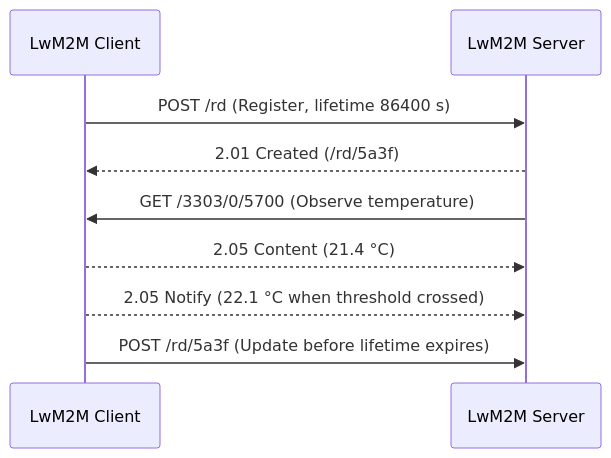
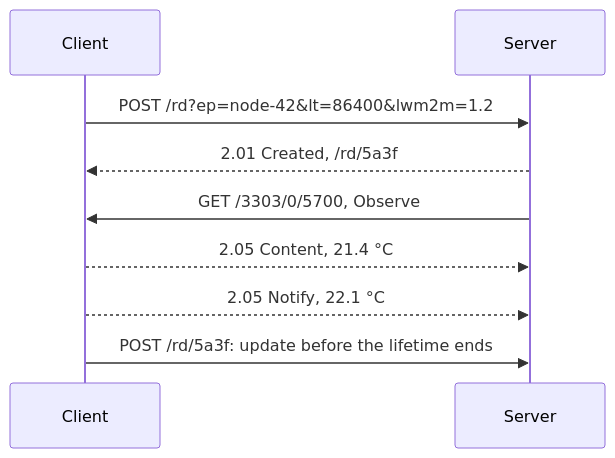
The first of 2 diagrams in posters/iot/protocols/lwm2m.md (markbac/posters), drawn with Mermaid before and after one commit. The commit also changed other lines of this file and 57 other files, not shown here.

````diff
--- a/posters/iot/protocols/lwm2m.md
+++ b/posters/iot/protocols/lwm2m.md
@@ -101,11 +77,11 @@
 ```mermaid
 sequenceDiagram
-  participant C as LwM2M Client
-  participant S as LwM2M Server
-  C->>S: POST /rd (Register, lifetime 86400 s)
-  S-->>C: 2.01 Created (/rd/5a3f)
-  S->>C: GET /3303/0/5700 (Observe temperature)
-  C-->>S: 2.05 Content (21.4 °C)
-  C-->>S: 2.05 Notify (22.1 °C when threshold crossed)
-  C->>S: POST /rd/5a3f (Update before lifetime expires)
+  participant C as Client
+  participant S as Server
+  C->>S: POST /rd?ep=node-42&lt=86400&lwm2m=1.2
+  S-->>C: 2.01 Created, /rd/5a3f
+  S->>C: GET /3303/0/5700, Observe
+  C-->>S: 2.05 Content, 21.4 °C
+  C-->>S: 2.05 Notify, 22.1 °C
+  C->>S: POST /rd/5a3f: update before the lifetime ends
 ```
````
